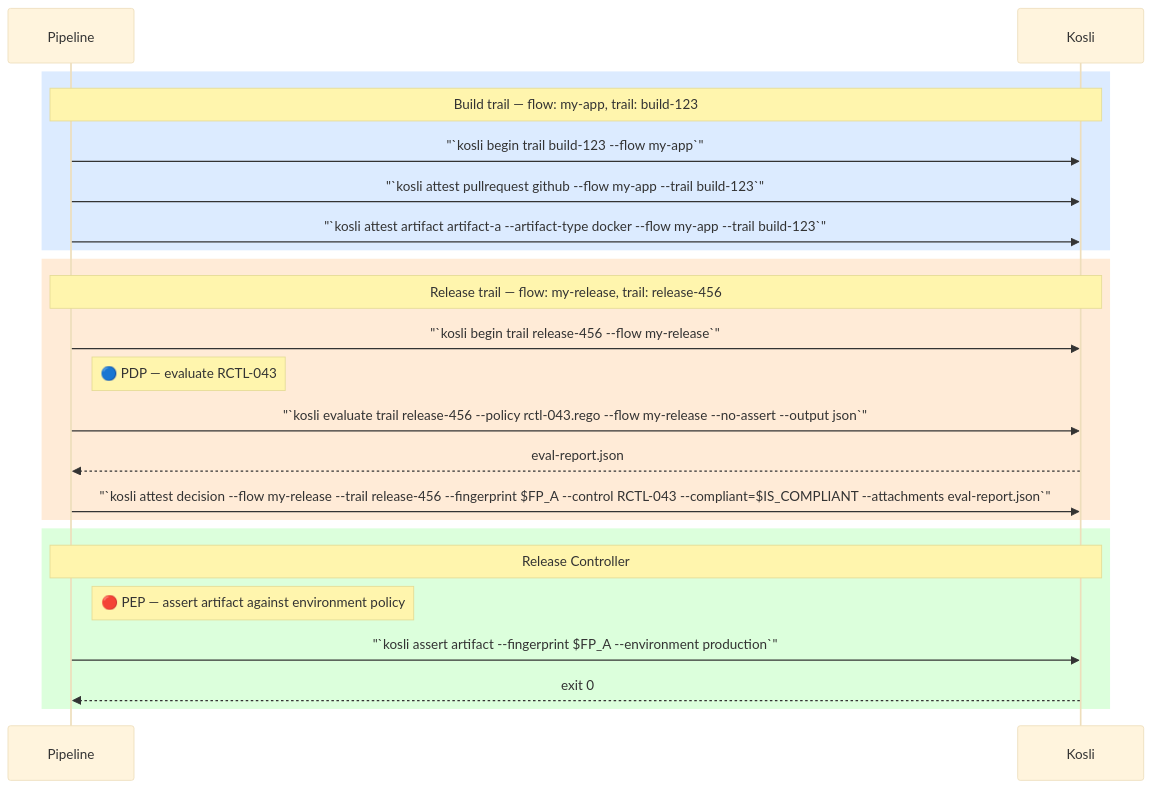
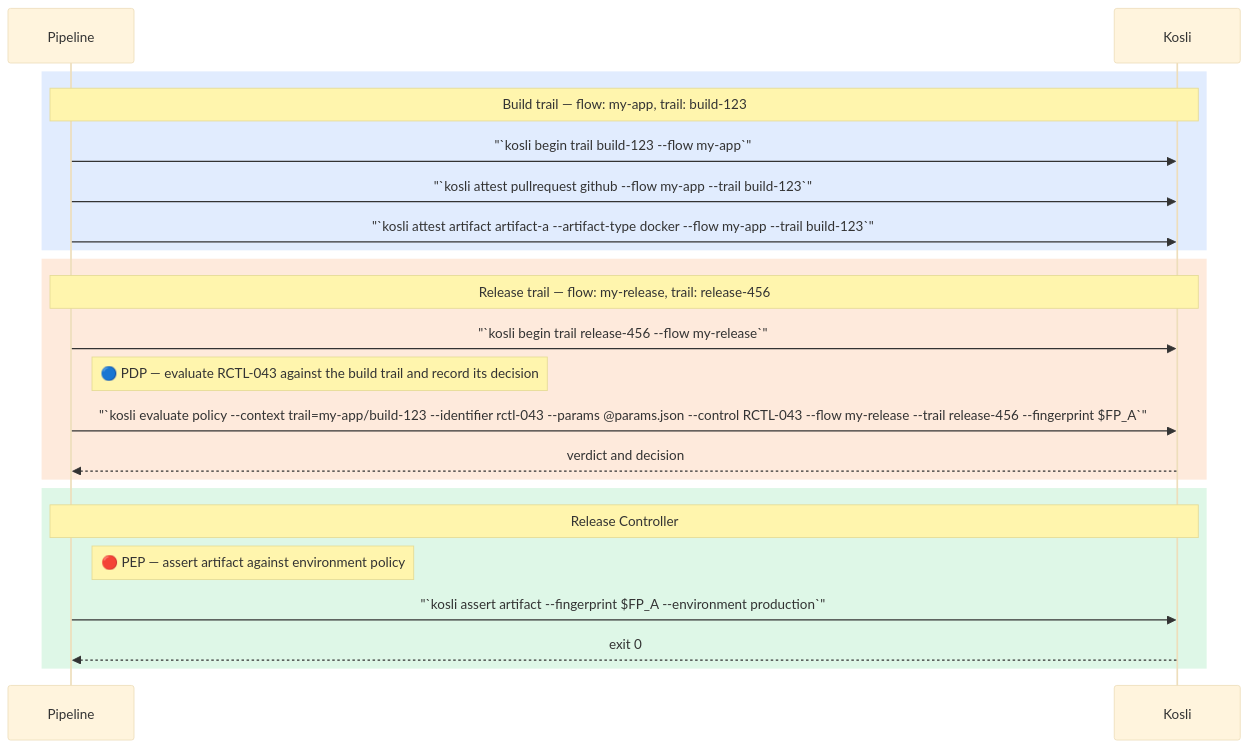
The diagram in tutorials/working_with_controls.mdx (kosli-dev/docs), drawn with Mermaid (base theme) before and after one commit. The commit also changed other lines of this file and 9 other files, not shown here.

````diff
--- a/tutorials/working_with_controls.mdx
+++ b/tutorials/working_with_controls.mdx
@@ -216,32 +359,31 @@
 ```mermaid
 sequenceDiagram
     participant P as Pipeline
     participant K as Kosli
 
-    rect rgb(220,235,255)
+    rect rgba(59,130,246,0.15)
         Note over P,K: Build trail — flow: my-app, trail: build-123
 
         P->>K: "`kosli begin trail build-123 --flow my-app`"
         P->>K: "`kosli attest pullrequest github --flow my-app --trail build-123`"
         P->>K: "`kosli attest artifact artifact-a --artifact-type docker --flow my-app --trail build-123`"
     end
 
-    rect rgb(255,235,215)
+    rect rgba(249,115,22,0.15)
         Note over P,K: Release trail — flow: my-release, trail: release-456
 
         P->>K: "`kosli begin trail release-456 --flow my-release`"
 
-        Note right of P: 🔵 PDP — evaluate RCTL-043
-        P->>K: "`kosli evaluate trail release-456 --policy rctl-043.rego --flow my-release --no-assert --output json`"
-        K-->>P: eval-report.json
-        P->>K: "`kosli attest decision --flow my-release --trail release-456 --fingerprint $FP_A --control RCTL-043 --compliant=$IS_COMPLIANT --attachments eval-report.json`"
+        Note right of P: 🔵 PDP — evaluate RCTL-043 against the build trail and record its decision
+        P->>K: "`kosli evaluate policy --context trail=my-app/build-123 --identifier rctl-043 --params @params.json --control RCTL-043 --flow my-release --trail release-456 --fingerprint $FP_A`"
+        K-->>P: verdict and decision
     end
 
-    rect rgb(220,255,220)
+    rect rgba(34,197,94,0.15)
         Note over P,K: Release Controller
 
         Note right of P: 🔴 PEP — assert artifact against environment policy
         P->>K: "`kosli assert artifact --fingerprint $FP_A --environment production`"
         K-->>P: exit 0
     end
 ```
````
